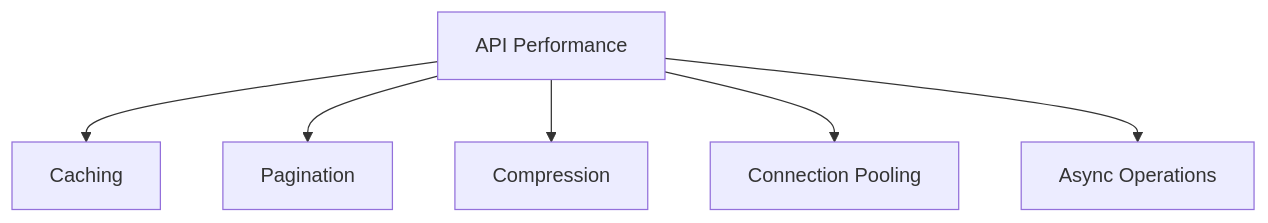
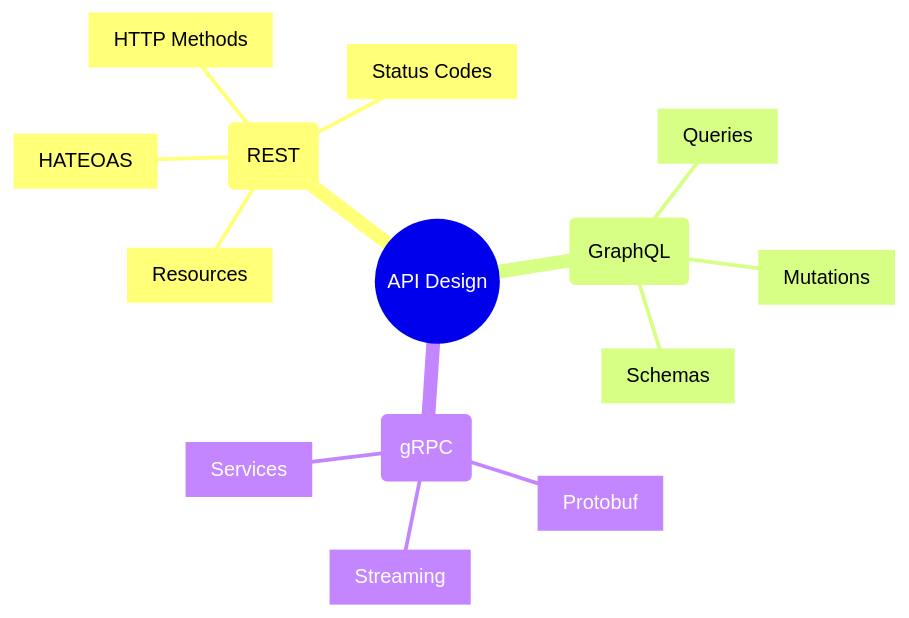
One commit to saravanakumarrc/Architecture_Journey changed the fifth of 8 diagrams in src/API_Design_Concepts.md. Above: the diagram before and after it, drawn with Mermaid. The commit also changed other lines of this file and 16 other files, not shown here.

First line of the commit message:
Add comprehensive documentation for resilience patterns, security architecture patterns, service mesh patterns, and testing best practices

````diff
--- a/src/API_Design_Concepts.md
+++ b/src/API_Design_Concepts.md
@@ -248,8 +239,17 @@
 ```mermaid
-graph TD
-    A[API Performance] --> B[Caching]
-    A --> C[Pagination]
-    A --> D[Compression]
-    A --> E[Connection Pooling]
-    A --> F[Async Operations]
+mindmap
+    root((API Design))
+        (REST)
+            [Resources]
+            [HTTP Methods]
+            [Status Codes]
+            [HATEOAS]
+        (GraphQL)
+            [Queries]
+            [Mutations]
+            [Schemas]
+        (gRPC)
+            [Protobuf]
+            [Streaming]
+            [Services]
 ```
````
